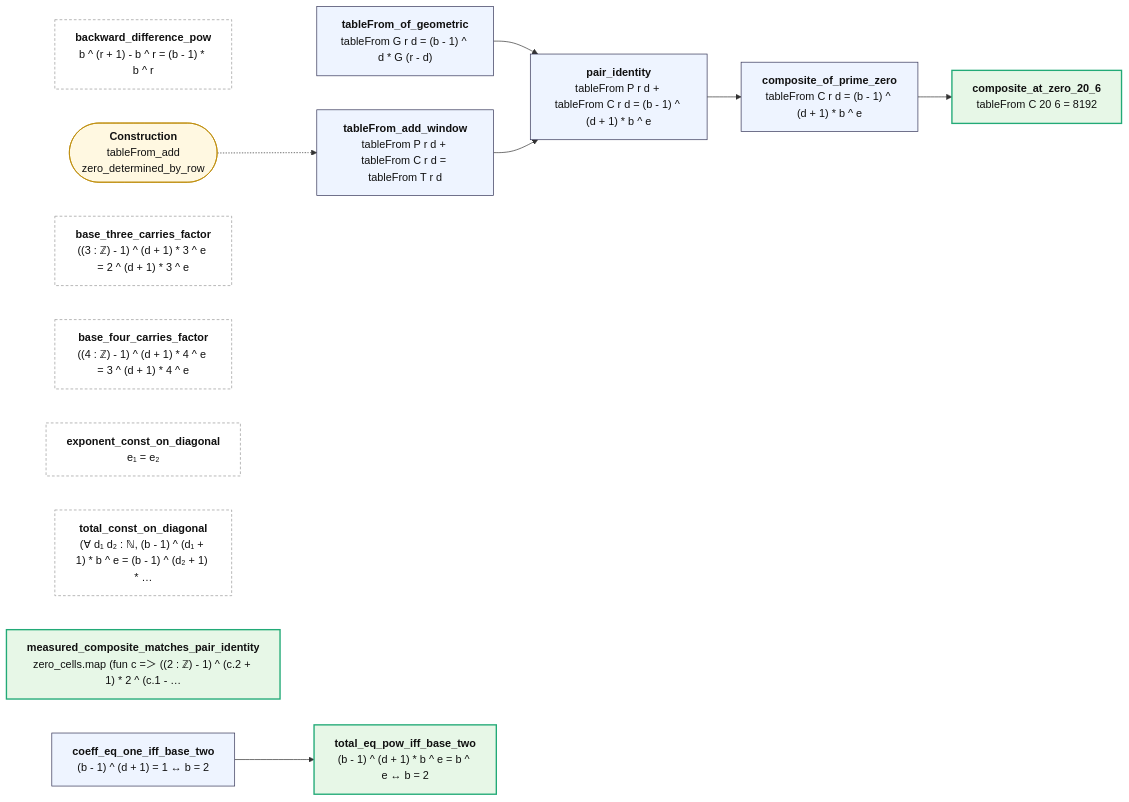
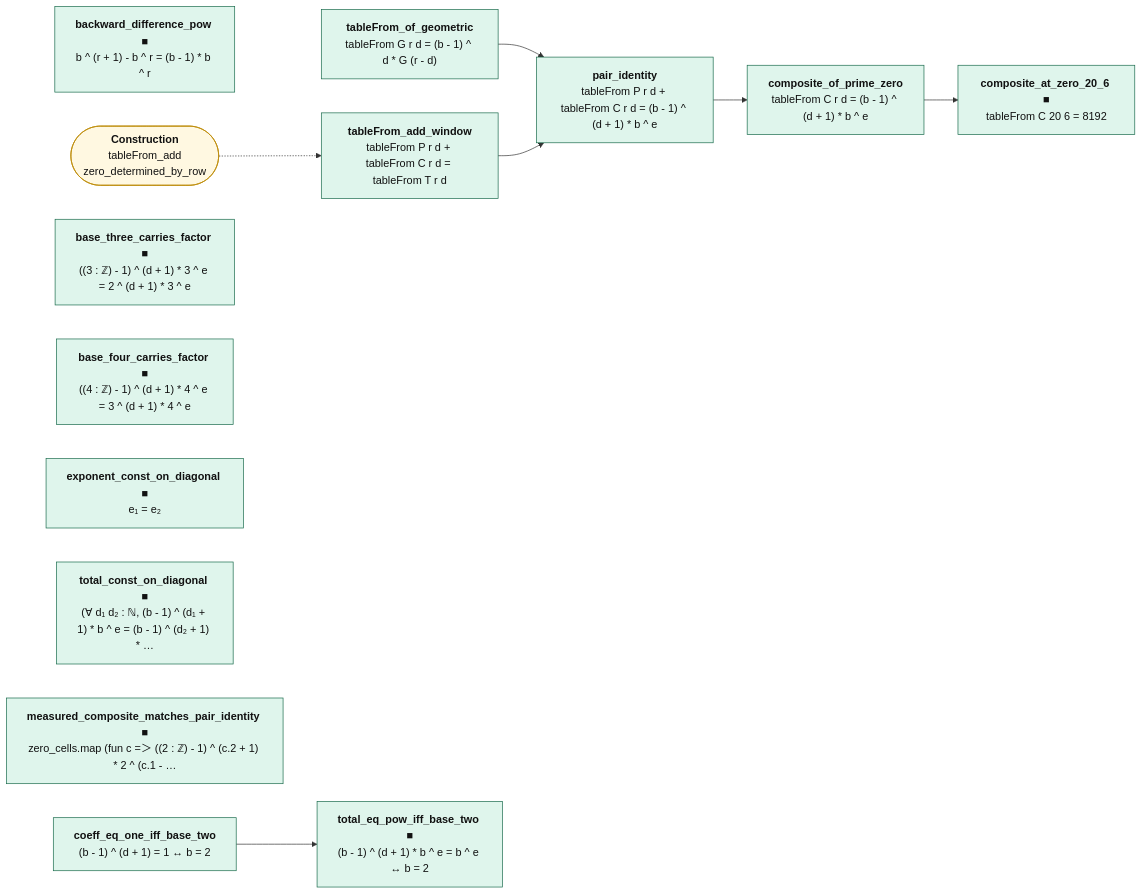
The diagram in map/lean/PairIdentity.md (juliansambranojr/Primebeat_081426), drawn with Mermaid before and after one commit. The commit also changed other lines of this file and 398 other files, not shown here.

First line of the commit message:
map: the table first. Three layers from Lean's record of each proof and everything beneath it: counting (integers only), shape (analysis, no zeta), reads zeta; map/TABLE.md lists every counting theorem; the Riemann hypothesis is drawn as one reading at the edge

````diff
--- a/map/lean/PairIdentity.md
+++ b/map/lean/PairIdentity.md
@@ -12,28 +12,31 @@
 ```mermaid
 flowchart LR
-  n0["<b>backward_difference_pow</b><br/>b ^ (r + 1) - b ^ r = (b - 1) * b ^ r"]:::lone
-  n1["<b>tableFrom_of_geometric</b><br/>tableFrom G r d = (b - 1) ^ d * G (r - d)"]:::thm
-  n2["<b>tableFrom_add_window</b><br/>tableFrom P r d + tableFrom C r d = tableFrom T r d"]:::thm
-  n3["<b>pair_identity</b><br/>tableFrom P r d + tableFrom C r d = (b - 1) ^ (d + 1) * b ^ e"]:::thm
-  n4["<b>composite_of_prime_zero</b><br/>tableFrom C r d = (b - 1) ^ (d + 1) * b ^ e"]:::thm
-  n5["<b>coeff_eq_one_iff_base_two</b><br/>(b - 1) ^ (d + 1) = 1 ↔ b = 2"]:::thm
-  n6["<b>total_eq_pow_iff_base_two</b><br/>(b - 1) ^ (d + 1) * b ^ e = b ^ e ↔ b = 2"]:::end_
-  n7["<b>base_three_carries_factor</b><br/>((3 : ℤ) - 1) ^ (d + 1) * 3 ^ e = 2 ^ (d + 1) * 3 ^ e"]:::lone
-  n8["<b>base_four_carries_factor</b><br/>((4 : ℤ) - 1) ^ (d + 1) * 4 ^ e = 3 ^ (d + 1) * 4 ^ e"]:::lone
-  n9["<b>exponent_const_on_diagonal</b><br/>e₁ = e₂"]:::lone
-  n10["<b>total_const_on_diagonal</b><br/>(∀ d₁ d₂ : ℕ, (b - 1) ^ (d₁ + 1) * b ^ e = (b - 1) ^ (d₂ + 1) * …"]:::lone
-  n11["<b>measured_composite_matches_pair_identity</b><br/>zero_cells.map (fun c =＞ ((2 : ℤ) - 1) ^ (c.2 + 1) * 2 ^ (c.1 - …"]:::end_
-  n12["<b>composite_at_zero_20_6</b><br/>tableFrom C 20 6 = 8192"]:::end_
+  n0["<b>backward_difference_pow ■</b><br/>b ^ (r + 1) - b ^ r = (b - 1) * b ^ r"]:::cnt
+  n1["<b>tableFrom_of_geometric</b><br/>tableFrom G r d = (b - 1) ^ d * G (r - d)"]:::cnt
+  n2["<b>tableFrom_add_window</b><br/>tableFrom P r d + tableFrom C r d = tableFrom T r d"]:::cnt
+  n3["<b>pair_identity</b><br/>tableFrom P r d + tableFrom C r d = (b - 1) ^ (d + 1) * b ^ e"]:::cnt
+  n4["<b>composite_of_prime_zero</b><br/>tableFrom C r d = (b - 1) ^ (d + 1) * b ^ e"]:::cnt
+  n5["<b>coeff_eq_one_iff_base_two</b><br/>(b - 1) ^ (d + 1) = 1 ↔ b = 2"]:::cnt
+  n6["<b>total_eq_pow_iff_base_two ■</b><br/>(b - 1) ^ (d + 1) * b ^ e = b ^ e ↔ b = 2"]:::cnt
+  n7["<b>base_three_carries_factor ■</b><br/>((3 : ℤ) - 1) ^ (d + 1) * 3 ^ e = 2 ^ (d + 1) * 3 ^ e"]:::cnt
+  n8["<b>base_four_carries_factor ■</b><br/>((4 : ℤ) - 1) ^ (d + 1) * 4 ^ e = 3 ^ (d + 1) * 4 ^ e"]:::cnt
+  n9["<b>exponent_const_on_diagonal ■</b><br/>e₁ = e₂"]:::cnt
+  n10["<b>total_const_on_diagonal ■</b><br/>(∀ d₁ d₂ : ℕ, (b - 1) ^ (d₁ + 1) * b ^ e = (b - 1) ^ (d₂ + 1) * …"]:::cnt
+  n11["<b>measured_composite_matches_pair_identity ■</b><br/>zero_cells.map (fun c =＞ ((2 : ℤ) - 1) ^ (c.2 + 1) * 2 ^ (c.1 - …"]:::cnt
+  n12["<b>composite_at_zero_20_6 ■</b><br/>tableFrom C 20 6 = 8192"]:::cnt
   x0(["<b>Construction</b><br/>tableFrom_add<br/>zero_determined_by_row"]):::ext
   n1 --> n3
   n2 --> n3
   n3 --> n4
   n4 --> n12
   n5 --> n6
   x0 -.-> n2
+  classDef cnt fill:#dff5ec,stroke:#17694a,color:#111
+  classDef shp fill:#f1ecfb,stroke:#5b3fa0,color:#111
+  classDef rh fill:#ffe5e5,stroke:#c22,color:#111,stroke-width:2px
   classDef thm fill:#eef4ff,stroke:#335,color:#111
   classDef end_ fill:#e7f7e7,stroke:#2a7,color:#111,stroke-width:2px
   classDef lone fill:#fff,stroke:#999,color:#111,stroke-dasharray:4 3
   classDef bad fill:#ffe5e5,stroke:#c22,color:#111,stroke-width:2px
   classDef ext fill:#fff8e1,stroke:#b80,color:#111
 ```
````
